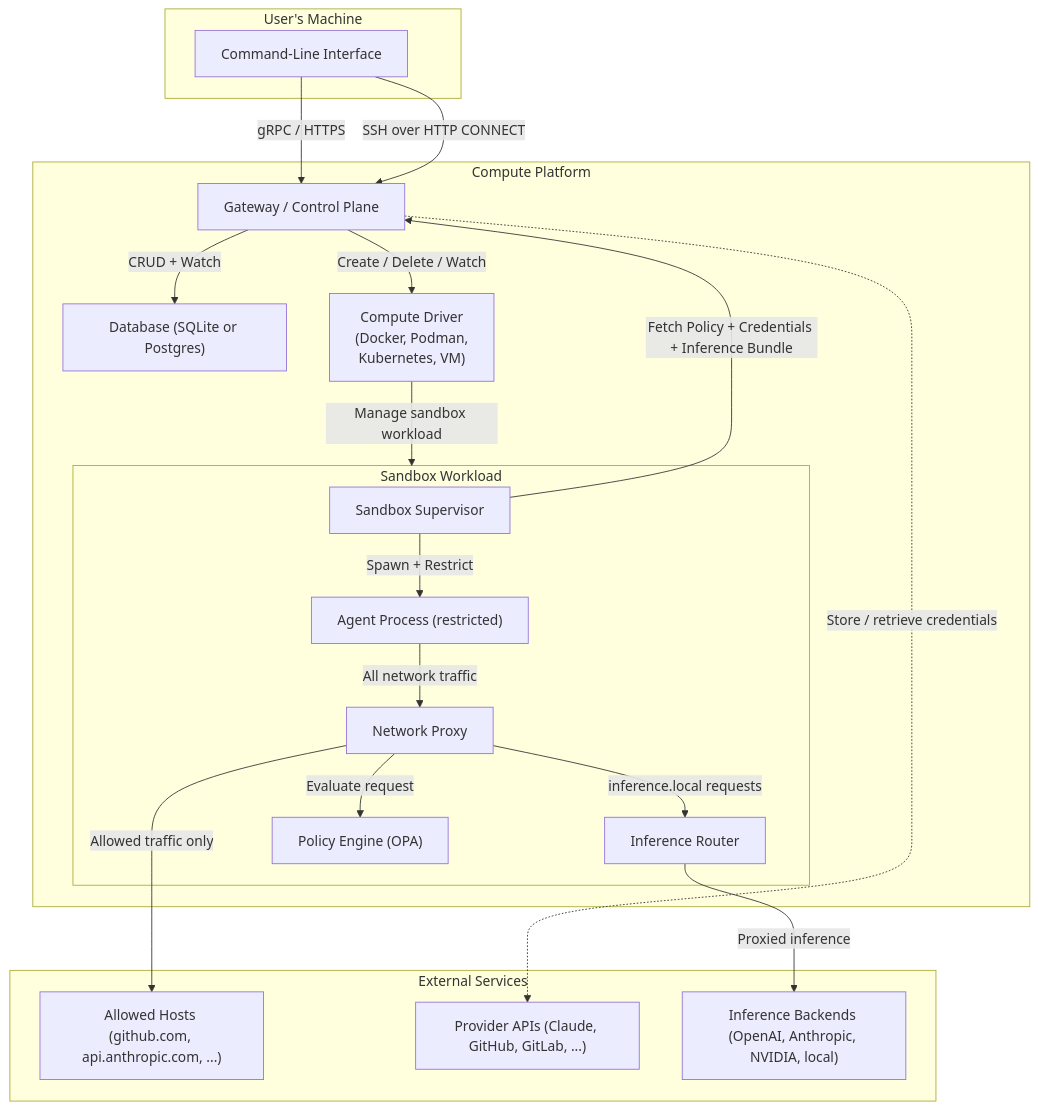
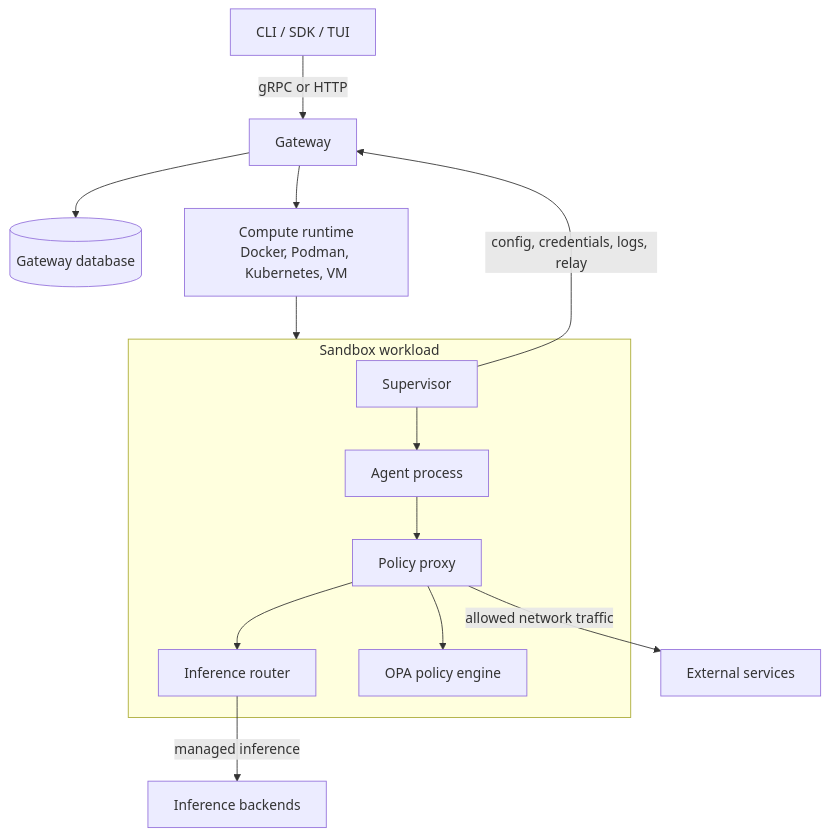
The diagram in architecture/README.md (NVIDIA/OpenShell), drawn with Mermaid before and after one commit. The commit also changed other lines of this file and 35 other files, not shown here.

Commit message:
docs(architecture): consolidate architecture docs

````diff
--- a/architecture/README.md
+++ b/architecture/README.md
@@ -15,40 +9,23 @@
 ```mermaid
 flowchart TB
-    subgraph USER["User's Machine"]
-        CLI["Command-Line Interface"]
+    CLI["CLI / SDK / TUI"] -->|"gRPC or HTTP"| GW["Gateway"]
+    GW --> DB[("Gateway database")]
+    GW --> DRIVER["Compute runtime<br/>Docker, Podman, Kubernetes, VM"]
+    DRIVER --> SBX["Sandbox workload"]
+
+    subgraph SBX["Sandbox workload"]
+        SUP["Supervisor"]
+        PROXY["Policy proxy"]
+        ROUTER["Inference router"]
+        AGENT["Agent process"]
+        POLICY["OPA policy engine"]
+        SUP --> AGENT
+        AGENT --> PROXY
+        PROXY --> POLICY
+        PROXY --> ROUTER
     end
 
-    subgraph PLATFORM["Compute Platform"]
-        SERVER["Gateway / Control Plane"]
-        DB["Database (SQLite or Postgres)"]
-        DRIVER["Compute Driver<br/>(Docker, Podman,<br/>Kubernetes, VM)"]
-
-        subgraph SBX["Sandbox Workload"]
-            SUPERVISOR["Sandbox Supervisor"]
-            PROXY["Network Proxy"]
-            ROUTER["Inference Router"]
-            CHILD["Agent Process (restricted)"]
-            OPA["Policy Engine (OPA)"]
-        end
-    end
-
-    subgraph EXT["External Services"]
-        HOSTS["Allowed Hosts (github.com, api.anthropic.com, ...)"]
-        CREDS["Provider APIs (Claude, GitHub, GitLab, ...)"]
-        BACKEND["Inference Backends (OpenAI, Anthropic, NVIDIA, local)"]
-    end
-
-    CLI -- "gRPC / HTTPS" --> SERVER
-    CLI -- "SSH over HTTP CONNECT" --> SERVER
-    SERVER -- "CRUD + Watch" --> DB
-    SERVER -- "Create / Delete / Watch" --> DRIVER
-    DRIVER -- "Manage sandbox workload" --> SBX
-    SUPERVISOR -- "Fetch Policy + Credentials + Inference Bundle" --> SERVER
-    SUPERVISOR -- "Spawn + Restrict" --> CHILD
-    CHILD -- "All network traffic" --> PROXY
-    PROXY -- "Evaluate request" --> OPA
-    PROXY -- "Allowed traffic only" --> HOSTS
-    PROXY -- "inference.local requests" --> ROUTER
-    ROUTER -- "Proxied inference" --> BACKEND
-    SERVER -. "Store / retrieve credentials" .-> CREDS
+    SUP -->|"config, credentials, logs, relay"| GW
+    PROXY -->|"allowed network traffic"| EXT["External services"]
+    ROUTER -->|"managed inference"| MODEL["Inference backends"]
 ```
````
